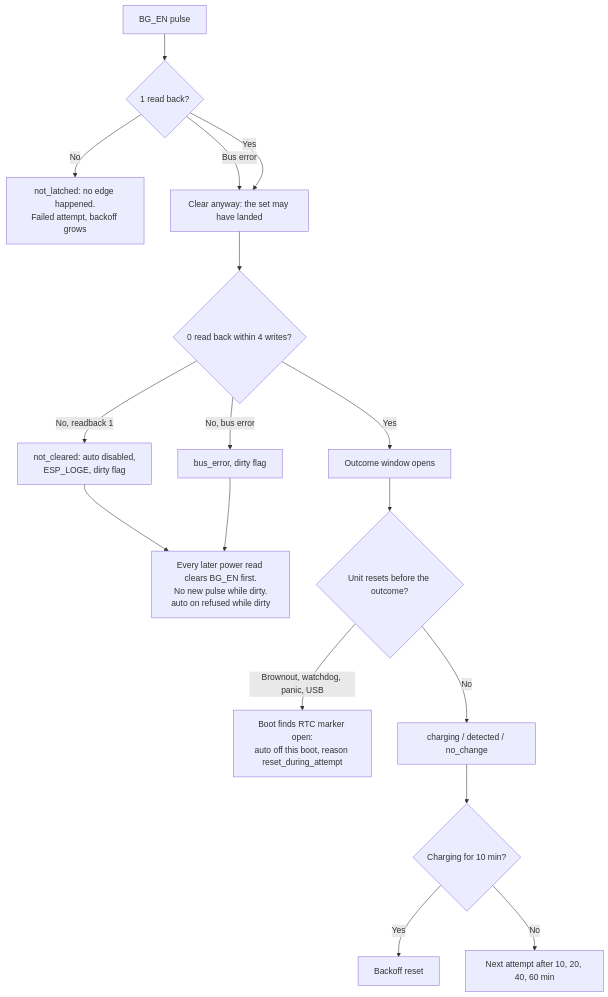
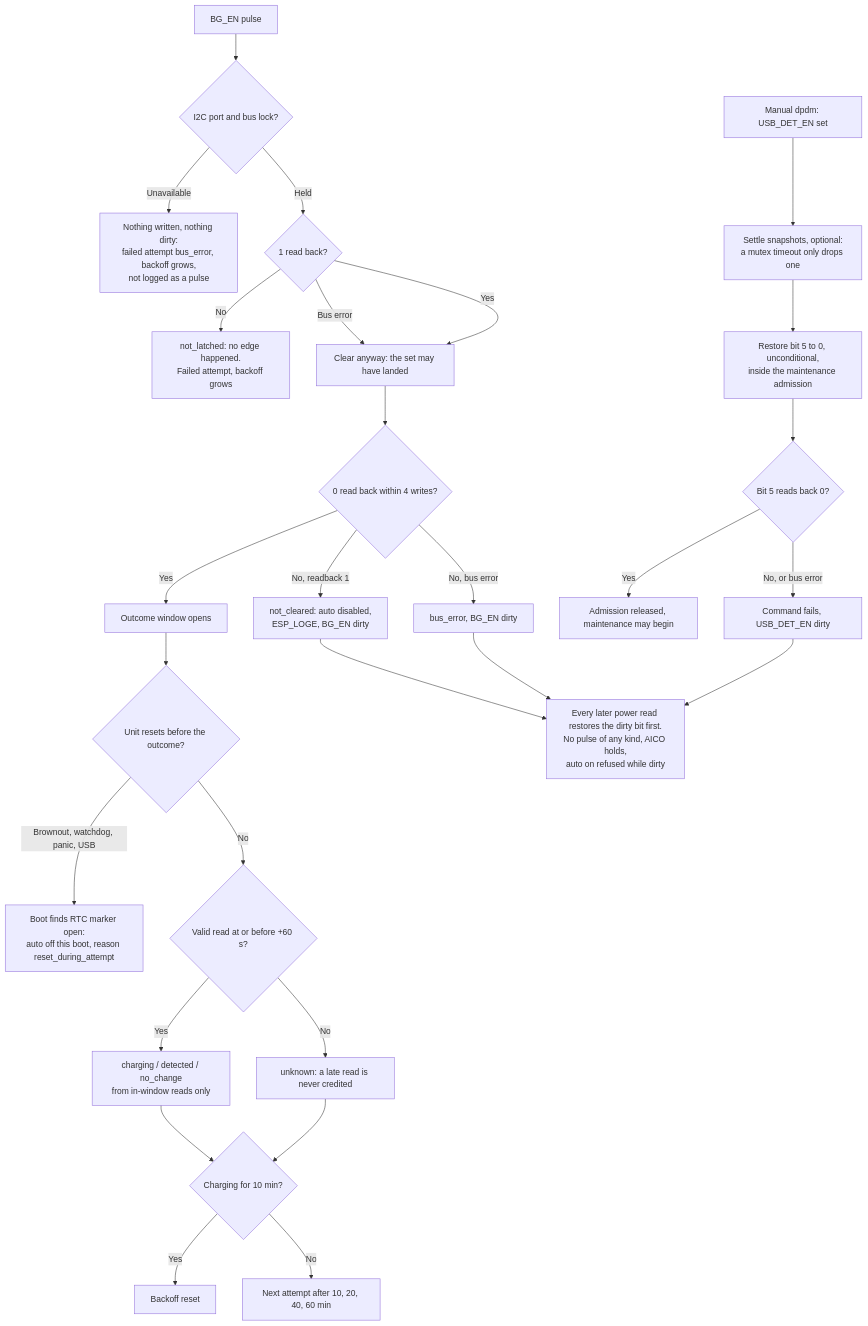
One commit to Jan-IngenHousz-Institute/ambyte-iot changed the third of 3 diagrams in docs/charger-redetect.md. Above: the diagram before and after it, drawn with Mermaid. The commit also changed other lines of this file and 2 other files, not shown here.

Commit message:
docs(charger): document DP/DM cleanup, dirty state and the outcome window

````diff
--- a/docs/charger-redetect.md
+++ b/docs/charger-redetect.md
@@ -185,19 +196,30 @@
 ```mermaid
 flowchart TD
-    A[BG_EN pulse] --> B{1 read back?}
+    A[BG_EN pulse] --> L{I2C port and bus lock?}
+    L -- Unavailable --> N[Nothing written, nothing dirty:<br/>failed attempt bus_error, backoff grows,<br/>not logged as a pulse]
+    L -- Held --> B{1 read back?}
     B -- No --> F1[not_latched: no edge happened.<br/>Failed attempt, backoff grows]
     B -- Bus error --> C[Clear anyway: the set may have landed]
     B -- Yes --> C
     C --> D{0 read back within 4 writes?}
     D -- Yes --> OK[Outcome window opens]
-    D -- No, readback 1 --> S[not_cleared: auto disabled,<br/>ESP_LOGE, dirty flag]
-    D -- No, bus error --> T[bus_error, dirty flag]
-    S --> R[Every later power read clears BG_EN first.<br/>No new pulse while dirty.<br/>auto on refused while dirty]
+    D -- No, readback 1 --> S[not_cleared: auto disabled,<br/>ESP_LOGE, BG_EN dirty]
+    D -- No, bus error --> T[bus_error, BG_EN dirty]
+    S --> R[Every later power read restores the dirty bit first.<br/>No pulse of any kind, AICO holds,<br/>auto on refused while dirty]
     T --> R
     OK --> W{Unit resets before the outcome?}
     W -- Brownout, watchdog, panic, USB --> X[Boot finds RTC marker open:<br/>auto off this boot, reason reset_during_attempt]
-    W -- No --> Y[charging / detected / no_change]
+    W -- No --> V{Valid read at or before +60 s?}
+    V -- Yes --> Y[charging / detected / no_change<br/>from in-window reads only]
+    V -- No --> U[unknown: a late read is never credited]
     Y --> Z{Charging for 10 min?}
+    U --> Z
     Z -- Yes --> Q[Backoff reset]
     Z -- No --> BO[Next attempt after 10, 20, 40, 60 min]
+    M[Manual dpdm: USB_DET_EN set] --> SN[Settle snapshots, optional:<br/>a mutex timeout only drops one]
+    SN --> RS[Restore bit 5 to 0, unconditional,<br/>inside the maintenance admission]
+    RS --> RV{Bit 5 reads back 0?}
+    RV -- Yes --> MOK[Admission released, maintenance may begin]
+    RV -- No, or bus error --> MD[Command fails, USB_DET_EN dirty]
+    MD --> R
 ```
````
